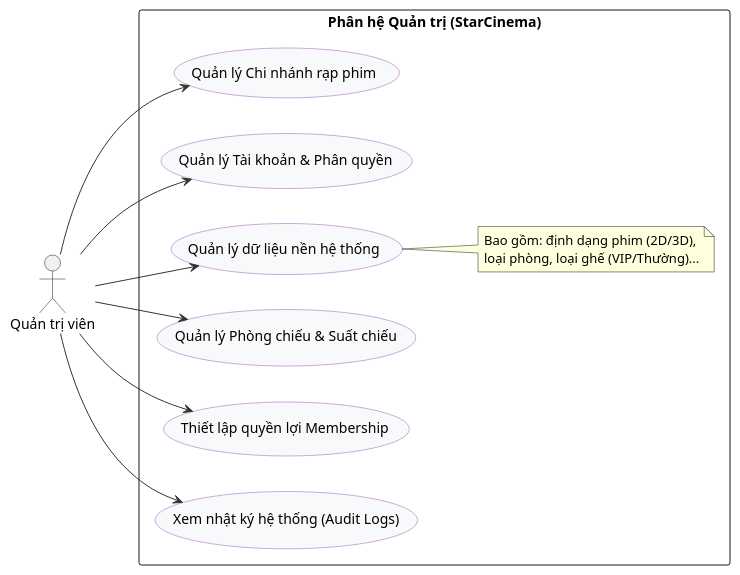
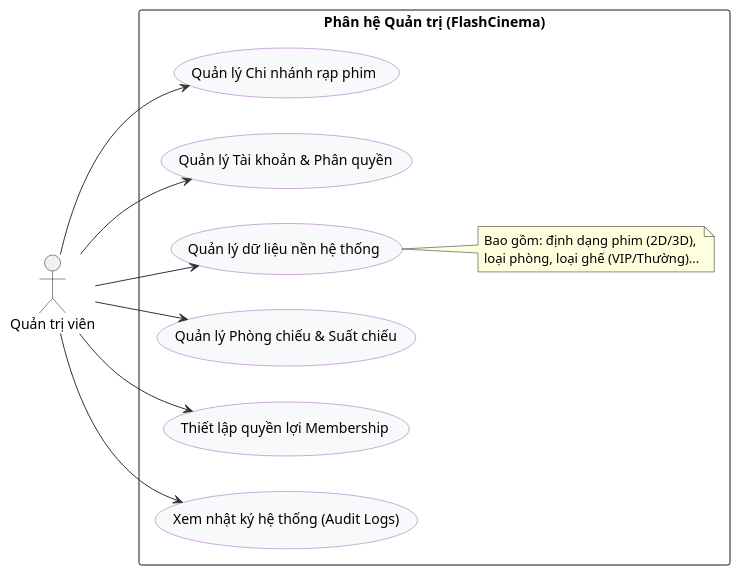
One commit to vothnha26/Cinema-Management-System changed the diagram in report/2.0-Yêu cầu nghiệp vụ/2.2-Phân tích hệ thống (UML Diagrams)/2.2.1.Sơ đồ Use Case/admin_use_case.puml. Above: the diagram before and after it, drawn with PlantUML. The commit also changed 50 other files, not shown here.

```diff
--- a/report/2.0-Yêu cầu nghiệp vụ/2.2-Phân tích hệ thống (UML Diagrams)/2.2.1.Sơ đồ Use Case/admin_use_case.puml
+++ b/report/2.0-Yêu cầu nghiệp vụ/2.2-Phân tích hệ thống (UML Diagrams)/2.2.1.Sơ đồ Use Case/admin_use_case.puml
@@ -1,32 +1,32 @@
 @startuml admin_use_case
 left to right direction
 skinparam backgroundColor #FFFFFF
 skinparam usecase {
     BackgroundColor #F8F9FA
     BorderColor #9B59B6
     ArrowColor #333333
 }
 
 actor "Quản trị viên" as Admin
 
-rectangle "Phân hệ Quản trị (StarCinema)" {
+rectangle "Phân hệ Quản trị (FlashCinema)" {
     usecase "Quản lý Chi nhánh rạp phim" as UC_Branch
     usecase "Quản lý Tài khoản & Phân quyền" as UC_User
     usecase "Quản lý dữ liệu nền hệ thống" as UC_MasterData
     note right of UC_MasterData
       Bao gồm: định dạng phim (2D/3D),
       loại phòng, loại ghế (VIP/Thường)...
     end note
     usecase "Quản lý Phòng chiếu & Suất chiếu" as UC_Rooms
     usecase "Thiết lập quyền lợi Membership" as UC_Membership
     usecase "Xem nhật ký hệ thống (Audit Logs)" as UC_Audit
 }
 
 Admin --> UC_Branch
 Admin --> UC_User
 Admin --> UC_MasterData
 Admin --> UC_Rooms
 Admin --> UC_Membership
 Admin --> UC_Audit
 
 @enduml
```
